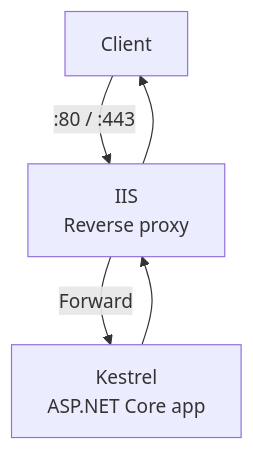
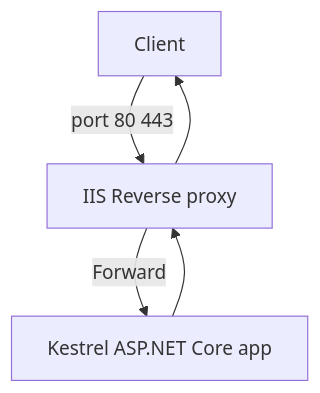
Before and after one commit to sridharpolepalli/dotnet-learn: the fourth of 6 diagrams in ASP.NET-Core-Hosting-Guide.md, drawn with Mermaid. The commit also changed other lines of this file and 1 other file, not shown here.

Commit message:
fixing the mermaid issues

````diff
--- a/ASP.NET-Core-Hosting-Guide.md
+++ b/ASP.NET-Core-Hosting-Guide.md
@@ -142,11 +142,11 @@
 ```mermaid
 flowchart TB
     Client[Client]
-    IIS[IIS\nReverse proxy]
-    Kestrel[Kestrel\nASP.NET Core app]
+    IIS["IIS Reverse proxy"]
+    Kestrel["Kestrel ASP.NET Core app"]
 
-    Client -->|":80 / :443"| IIS
+    Client -->|"port 80 443"| IIS
     IIS -->|"Forward"| Kestrel
     Kestrel --> IIS
     IIS --> Client
 ```
````
